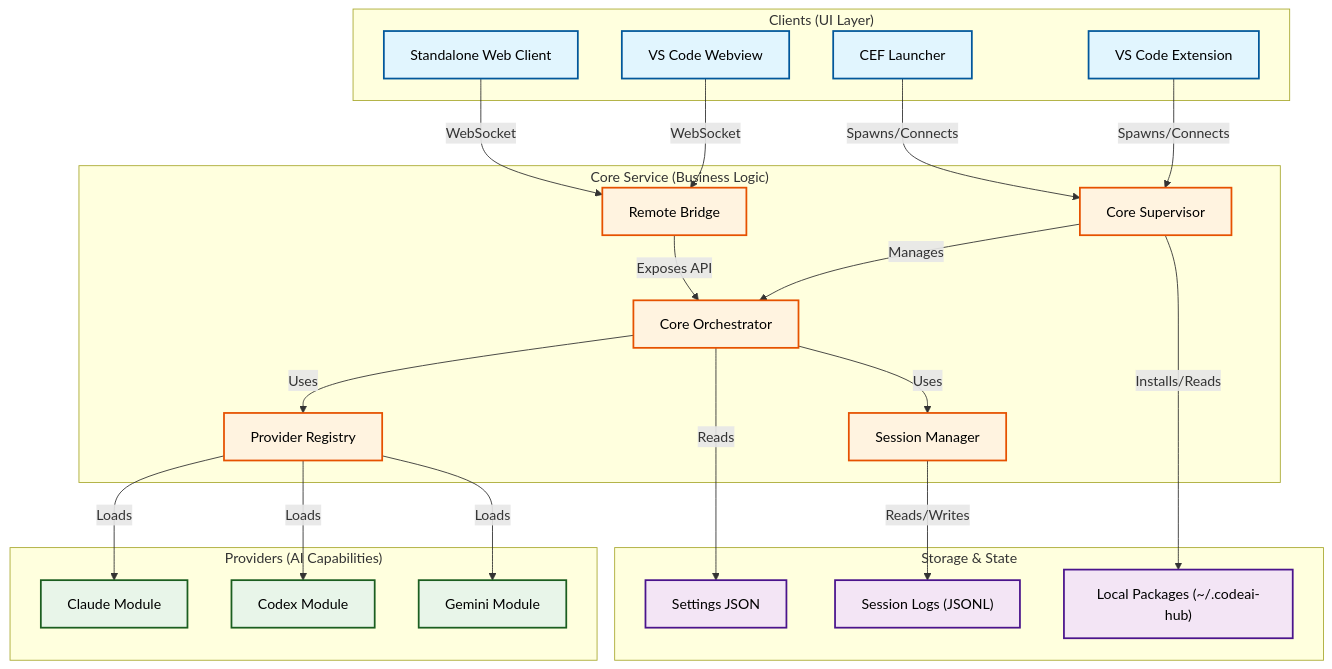
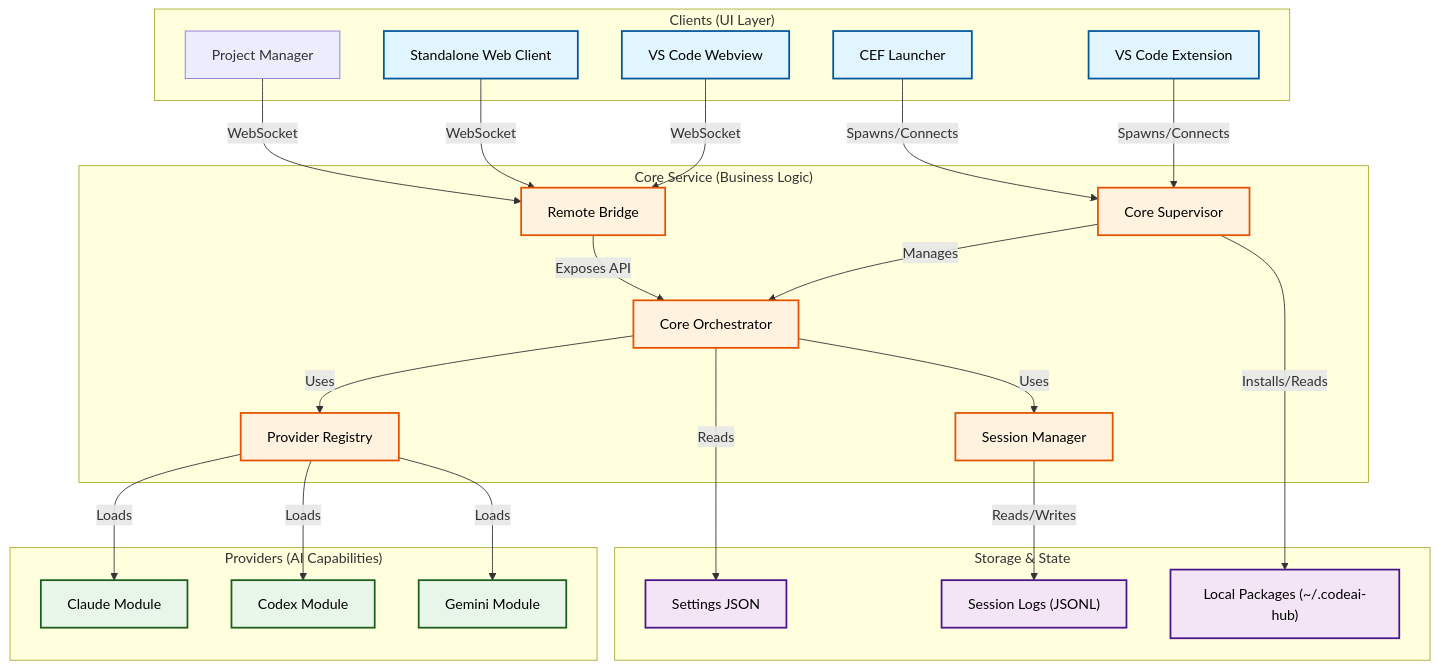
Before and after one commit to OleynikAleksandr/CodeAI-Hub: the diagram in doc/Project_Docs/SystemArchitecture/ProjectStructureMap.md, drawn with Mermaid. The commit also changed other lines of this file and 9 other files, not shown here.

Commit message:
docs: refresh architecture and stack docs

````diff
--- a/doc/Project_Docs/SystemArchitecture/ProjectStructureMap.md
+++ b/doc/Project_Docs/SystemArchitecture/ProjectStructureMap.md
@@ -7,62 +7,64 @@
 ```mermaid
 graph TD
     subgraph "Clients (UI Layer)"
         VSCode["VS Code Extension"]
         Launcher["CEF Launcher"]
         Webview["VS Code Webview"]
         WebClient["Standalone Web Client"]
+        ProjectManager["Project Manager"]
     end
 
     subgraph "Core Service (Business Logic)"
         Orchestrator["Core Orchestrator"]
         Supervisor["Core Supervisor"]
         Bridge["Remote Bridge"]
         SessionMgr["Session Manager"]
         Registry["Provider Registry"]
     end
 
     subgraph "Providers (AI Capabilities)"
         Claude["Claude Module"]
         Codex["Codex Module"]
         Gemini["Gemini Module"]
     end
 
     subgraph "Storage & State"
         Settings["Settings JSON"]
         Sessions["Session Logs (JSONL)"]
         Packages["Local Packages (~/.codeai-hub)"]
     end
 
     %% Client Connections
     VSCode -->|Spawns/Connects| Supervisor
     Launcher -->|Spawns/Connects| Supervisor
     Webview -->|WebSocket| Bridge
     WebClient -->|WebSocket| Bridge
+    ProjectManager -->|WebSocket| Bridge
 
     %% Core Internal Flow
     Supervisor -->|Manages| Orchestrator
     Orchestrator -->|Uses| SessionMgr
     Orchestrator -->|Uses| Registry
     Bridge -->|Exposes API| Orchestrator
 
     %% Provider Connections
     Registry -->|Loads| Claude
     Registry -->|Loads| Codex
     Registry -->|Loads| Gemini
 
     %% Data Flow
     SessionMgr -->|Reads/Writes| Sessions
     Orchestrator -->|Reads| Settings
     Supervisor -->|Installs/Reads| Packages
     
     %% Styling
     classDef client fill:#e1f5fe,stroke:#01579b,stroke-width:2px,color:#000;
     classDef core fill:#fff3e0,stroke:#e65100,stroke-width:2px,color:#000;
     classDef provider fill:#e8f5e9,stroke:#1b5e20,stroke-width:2px,color:#000;
     classDef storage fill:#f3e5f5,stroke:#4a148c,stroke-width:2px,color:#000;
 
     class VSCode,Launcher,Webview,WebClient client;
     class Orchestrator,Supervisor,Bridge,SessionMgr,Registry core;
     class Claude,Codex,Gemini provider;
     class Settings,Sessions,Packages storage;
 ```
````
